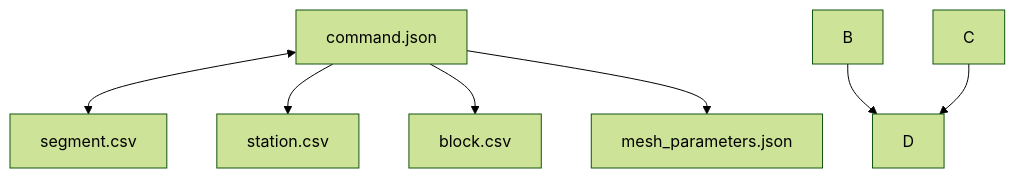
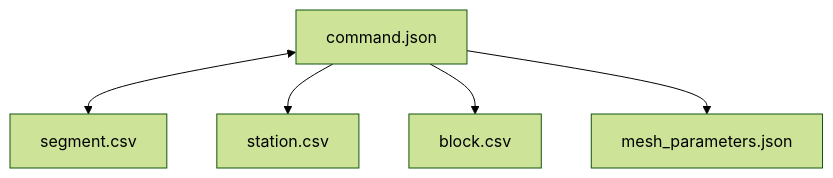
The diagram in README.md (brendanjmeade/celeri), drawn with Mermaid (forest theme) before and after one commit.

Commit message:
Trying flowchard rather than graph

````diff
--- a/README.md
+++ b/README.md
@@ -23,9 +23,7 @@
 ```mermaid
-  graph TD;
+  flowchart TD;
       command.json<-->segment.csv;
       command.json-->station.csv;
       command.json-->block.csv;
       command.json-->mesh_parameters.json;
-      B-->D;
-      C-->D;
 ```
````
